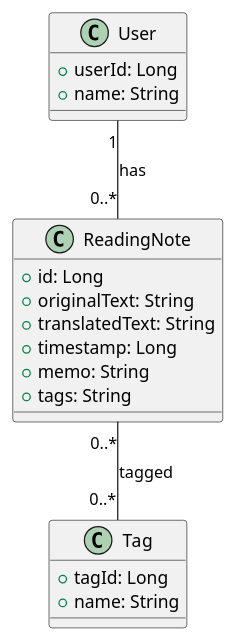
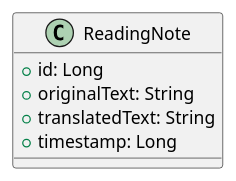
The diagram in docs/ERD.puml (chr-kim/CodexLens), drawn with PlantUML before and after one commit. The commit also changed 11 other files, not shown here.

First line of the commit message:
Docs: README 및 다이어그램 업데이트, KDoc 주석 추가

```diff
--- a/docs/ERD.puml
+++ b/docs/ERD.puml
@@ -1,25 +1,18 @@
 @startuml
-' ReadingNote 엔터티
+' 실제 동작 코드 기준 ReadingNote 엔터티
 class ReadingNote {
   +id: Long
   +originalText: String
   +translatedText: String
   +timestamp: Long
-  +memo: String
-  +tags: String
 }
 
-' (확장) User, Tag 예시
-class User {
-  +userId: Long
-  +name: String
-}
-class Tag {
-  +tagId: Long
-  +name: String
-}
+' 실제 구현상 User, Tag, memo, tags 필드는 없음 (확장안에선 가능)
+' ReadingNoteDao: 오직 ReadingNote 엔티티를 기반으로 insert/getAll 기능만 존재
 
 ' 관계 예시
-User "1" -- "0..*" ReadingNote : "has"
-ReadingNote "0..*" -- "0..*" Tag : "tagged"
+' 현재 User, Tag 테이블/클래스는 코드에 존재하지 않으므로 미포함
+
+' 추가설명: ReadingNote는 Room 테이블 "reading_notes"에 맵핑됨
+
 @enduml
```
